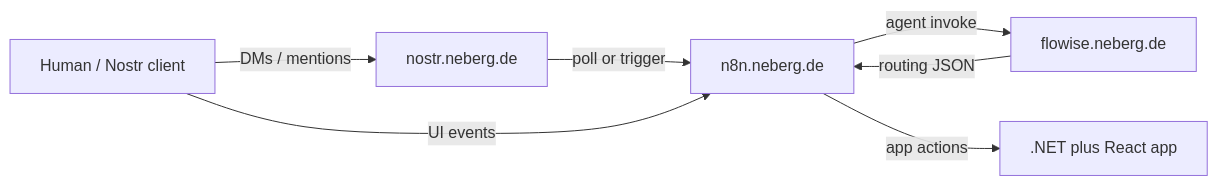
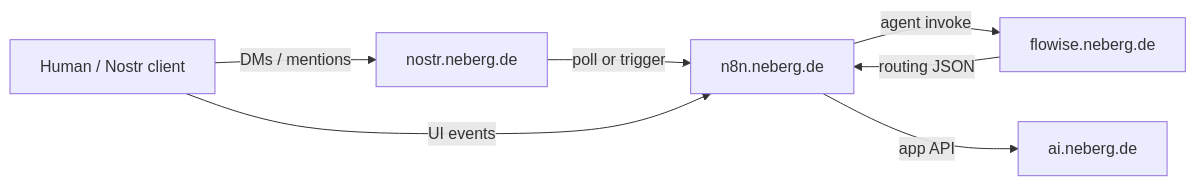
The first of 2 diagrams in docs/deployed-services.md (neberg21/aae), drawn with Mermaid before and after one commit. The commit also changed other lines of this file and 15 other files, not shown here.

````diff
--- a/docs/deployed-services.md
+++ b/docs/deployed-services.md
@@ -15,15 +15,15 @@
 ```mermaid
 flowchart LR
   Human[Human / Nostr client]
   N8N[n8n.neberg.de]
   Flowise[flowise.neberg.de]
   Relay[nostr.neberg.de]
-  App[.NET plus React app]
+  App[ai.neberg.de]
 
   Human -->|DMs / mentions| Relay
   Relay -->|poll or trigger| N8N
   Human -->|UI events| N8N
   N8N -->|agent invoke| Flowise
-  N8N -->|app actions| App
+  N8N -->|app API| App
   Flowise -->|routing JSON| N8N
 ```
````
